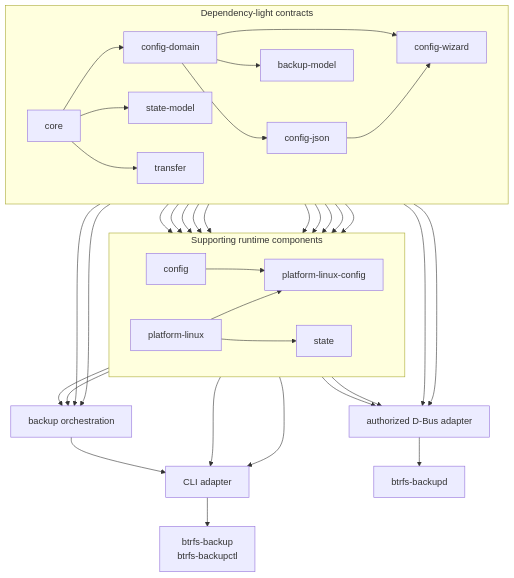
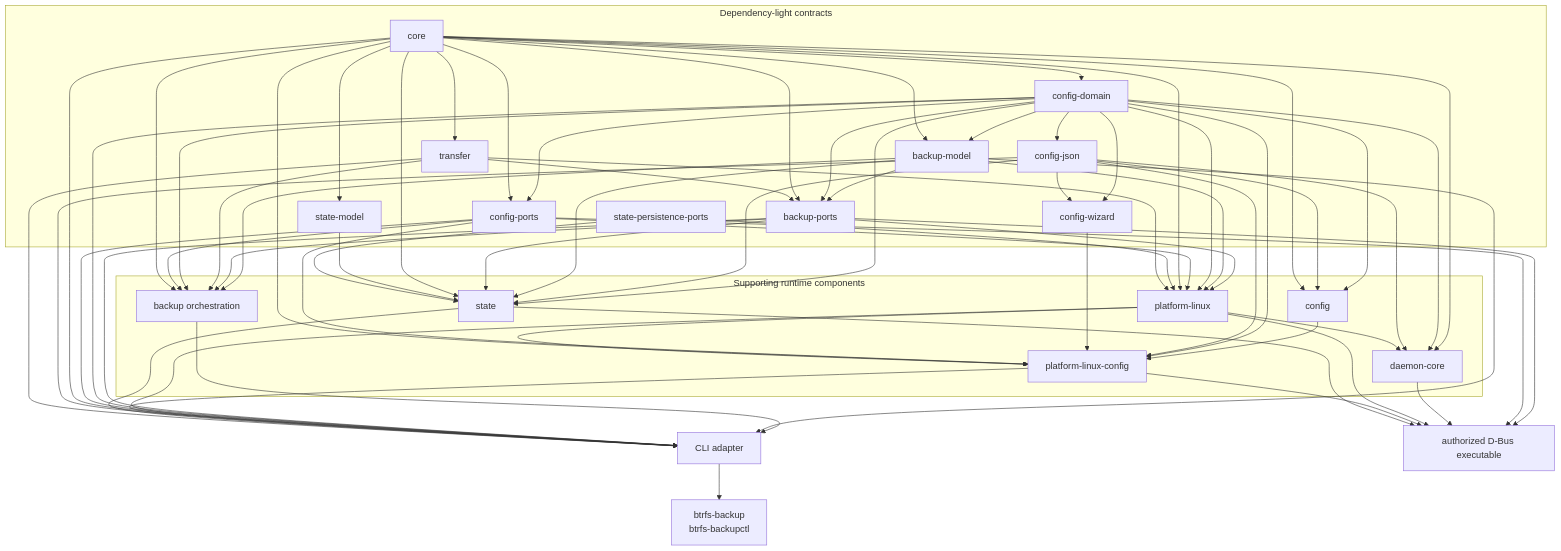
The diagram in docs/cpp-layout.md (kapiwko/btrfs-backup), drawn with Mermaid before and after one commit. The commit also changed other lines of this file and 10 other files, not shown here.

Commit message:
chore(architecture): close refactoring plan

````diff
--- a/docs/cpp-layout.md
+++ b/docs/cpp-layout.md
@@ -57,61 +57,96 @@
 ```mermaid
 flowchart TB
     subgraph contracts[Dependency-light contracts]
-        direction LR
         core[core]
         config_domain[config-domain]
         config_json[config-json]
         config_wizard[config-wizard]
+        config_ports[config-ports]
         state_model[state-model]
+        state_persistence[state-persistence-ports]
         backup_model[backup-model]
         transfer[transfer]
+        backup_ports[backup-ports]
 
         core --> config_domain
         config_domain --> config_json
         config_domain --> config_wizard
         config_json --> config_wizard
+        config_domain --> config_ports
+        core --> config_ports
         core --> state_model
         config_domain --> backup_model
+        core --> backup_model
         core --> transfer
+        backup_model --> backup_ports
+        config_domain --> backup_ports
+        core --> backup_ports
+        transfer --> backup_ports
     end
 
     subgraph support[Supporting runtime components]
-        direction LR
         platform[platform-linux]
         config[config]
         linux_config[platform-linux-config]
         state[state]
+        backup[backup orchestration]
+        daemon_core[daemon-core]
     end
 
-    backup[backup orchestration]
     cli[CLI adapter]
-    daemon[authorized D-Bus adapter]
+    manager[authorized D-Bus executable]
 
+    backup_ports --> platform
+    backup_model --> platform
     config_domain --> platform
-    backup_model --> platform
+    config_ports --> platform
+    core --> platform
+    state_persistence --> platform
     transfer --> platform
     config_domain --> config
     config_json --> config
+    core --> config
     config --> linux_config
+    config_domain --> linux_config
     config_json --> linux_config
     config_wizard --> linux_config
+    config_ports --> linux_config
+    core --> linux_config
     platform --> linux_config
     config_domain --> state
     config_json --> state
+    backup_model --> state
+    backup_ports --> state
+    core --> state
     state_model --> state
-    platform --> state
+    state_persistence --> state
     backup_model --> backup
+    backup_ports --> backup
     transfer --> backup
-    platform --> backup
-    state --> backup
+    config_domain --> backup
+    config_ports --> backup
+    core --> backup
     backup --> cli
+    backup_model --> cli
+    backup_ports --> cli
+    config_domain --> cli
+    config_ports --> cli
+    core --> cli
+    config_json --> cli
+    platform --> cli
     linux_config --> cli
     state --> cli
-    config_domain --> daemon
-    config_json --> daemon
-    platform --> daemon
-    linux_config --> daemon
+    transfer --> cli
+    core --> daemon_core
+    config_domain --> daemon_core
+    config_json --> daemon_core
+    platform --> daemon_core
+    backup_ports --> manager
+    config_ports --> manager
+    daemon_core --> manager
+    platform --> manager
+    linux_config --> manager
+    state --> manager
 
     cli --> executables[btrfs-backup<br/>btrfs-backupctl]
-    daemon --> manager[btrfs-backupd]
 ```
````
